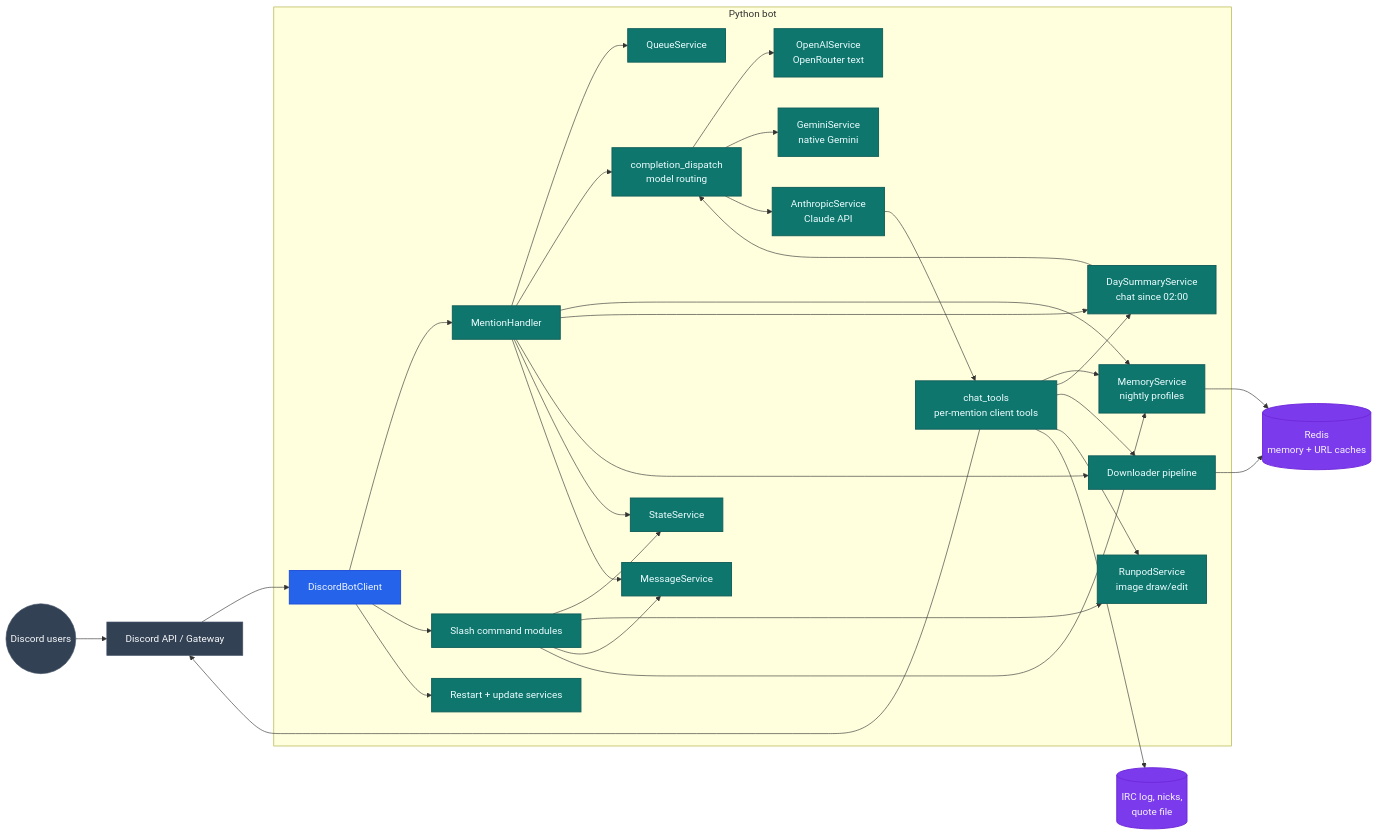
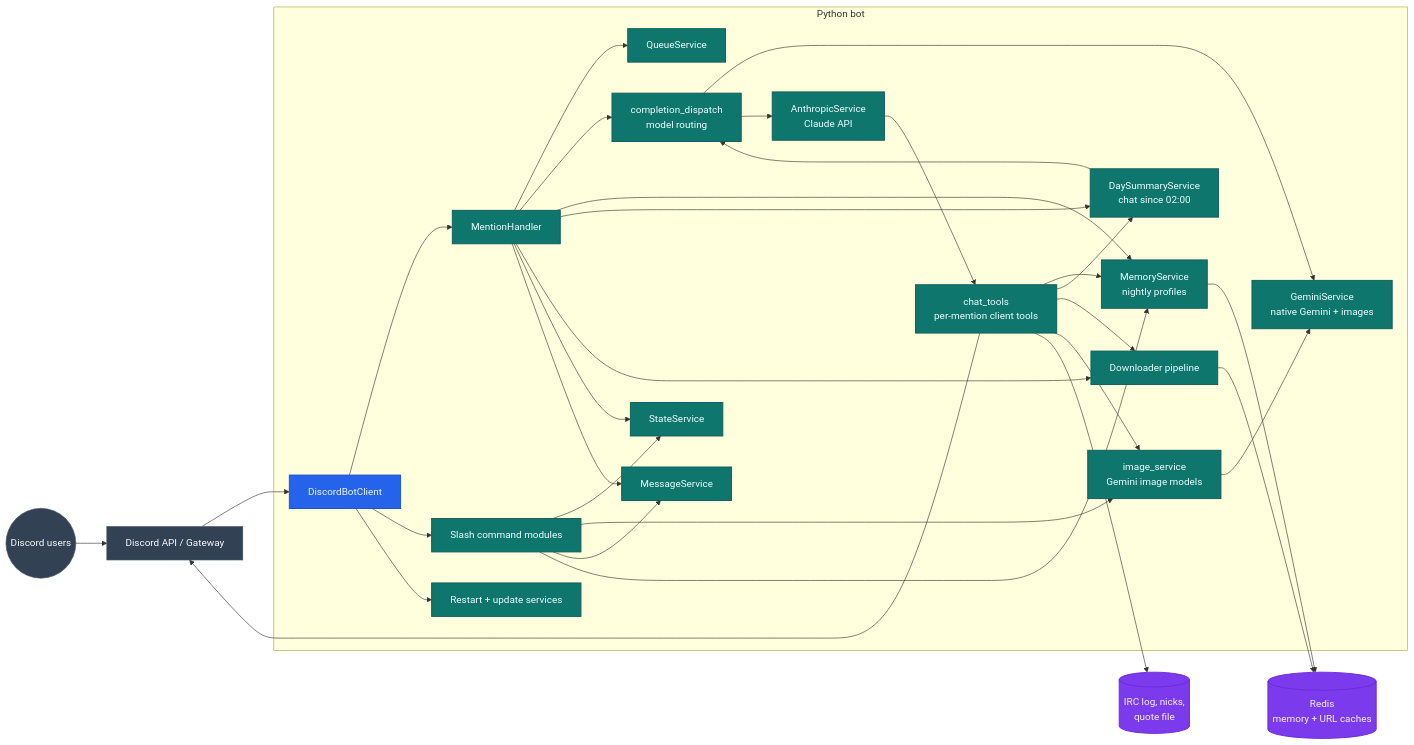
The first of 5 diagrams in docs/architecture.md (jobeus/cmwgpt), drawn with Mermaid before and after one commit. The commit also changed other lines of this file and 56 other files, not shown here.

First line of the commit message:
feat!: drop OpenRouter and Runpod; Claude API and Gemini only

````diff
--- a/docs/architecture.md
+++ b/docs/architecture.md
@@ -30,61 +30,60 @@
 ```mermaid
 flowchart LR
     classDef edge fill:#334155,color:#f8fafc,stroke:#475569,stroke-width:1px;
     classDef bot fill:#2563eb,color:#eff6ff,stroke:#1d4ed8,stroke-width:1.5px;
     classDef service fill:#0f766e,color:#ecfeff,stroke:#115e59,stroke-width:1.5px;
     classDef data fill:#7c3aed,color:#f5f3ff,stroke:#6d28d9,stroke-width:1.5px;
 
     User((Discord users)):::edge --> Discord[Discord API / Gateway]:::edge
 
     subgraph BotApp[Python bot]
         Client[DiscordBotClient]:::bot
         Mention[MentionHandler]:::service
         Commands[Slash command modules]:::service
         Queue[QueueService]:::service
         State[StateService]:::service
         Dispatch[completion_dispatch<br/>model routing]:::service
-        OpenAI[OpenAIService<br/>OpenRouter text]:::service
-        Gemini[GeminiService<br/>native Gemini]:::service
+        Gemini[GeminiService<br/>native Gemini + images]:::service
         Anthropic[AnthropicService<br/>Claude API]:::service
         Tools[chat_tools<br/>per-mention client tools]:::service
         Memory[MemoryService<br/>nightly profiles]:::service
         DaySummary[DaySummaryService<br/>chat since 02:00]:::service
-        Runpod[RunpodService<br/>image draw/edit]:::service
+        Images[image_service<br/>Gemini image models]:::service
         Downloader[Downloader pipeline]:::service
         MsgSvc[MessageService]:::service
         Restart[Restart + update services]:::service
     end
 
     Discord --> Client
     Client --> Mention
     Client --> Commands
     Mention --> Queue
     Mention --> Dispatch
-    Dispatch --> OpenAI
     Dispatch --> Gemini
     Dispatch --> Anthropic
     Mention --> Memory
     Mention --> DaySummary
     DaySummary --> Dispatch
     Mention --> Downloader
     Mention --> State
     Mention --> MsgSvc
     Commands --> State
-    Commands --> Runpod
+    Commands --> Images
+    Images --> Gemini
     Commands --> MsgSvc
     Client --> Restart
 
     Commands --> Memory
     Anthropic --> Tools
     Tools --> Memory
     Tools --> DaySummary
     Tools --> Downloader
-    Tools --> Runpod
+    Tools --> Images
 
     Cache[(Redis<br/>memory + URL caches)]:::data
     Files[(IRC log, nicks,<br/>quote file)]:::data
     Memory --> Cache
     Downloader --> Cache
     Tools --> Files
     Tools --> Discord
 ```
````
